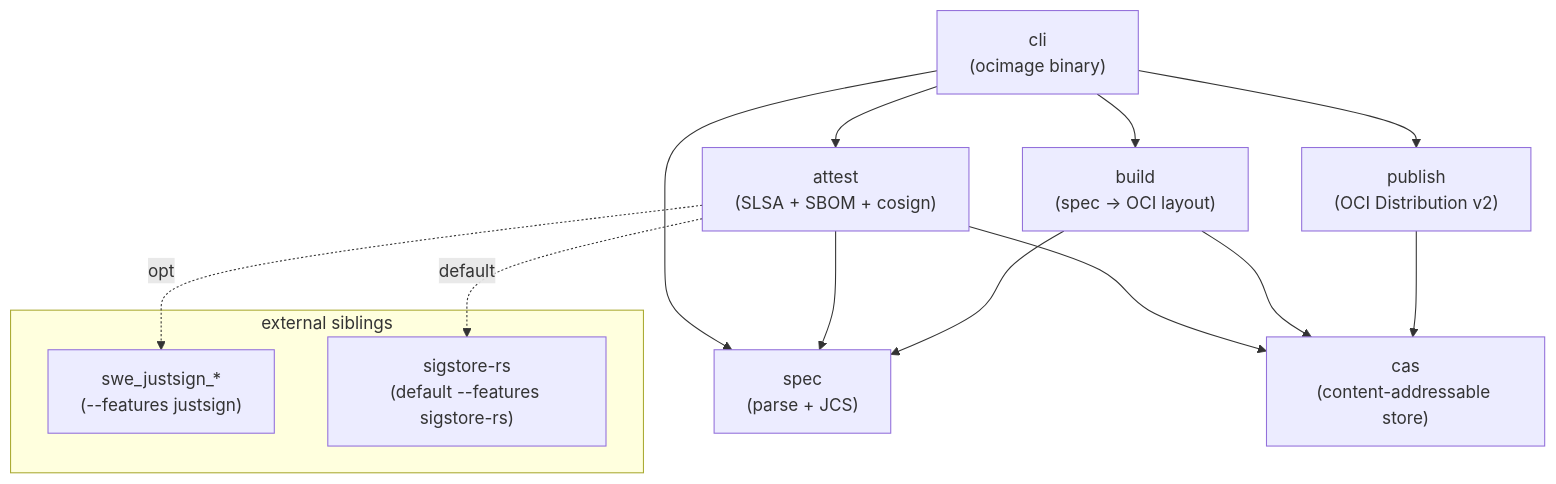
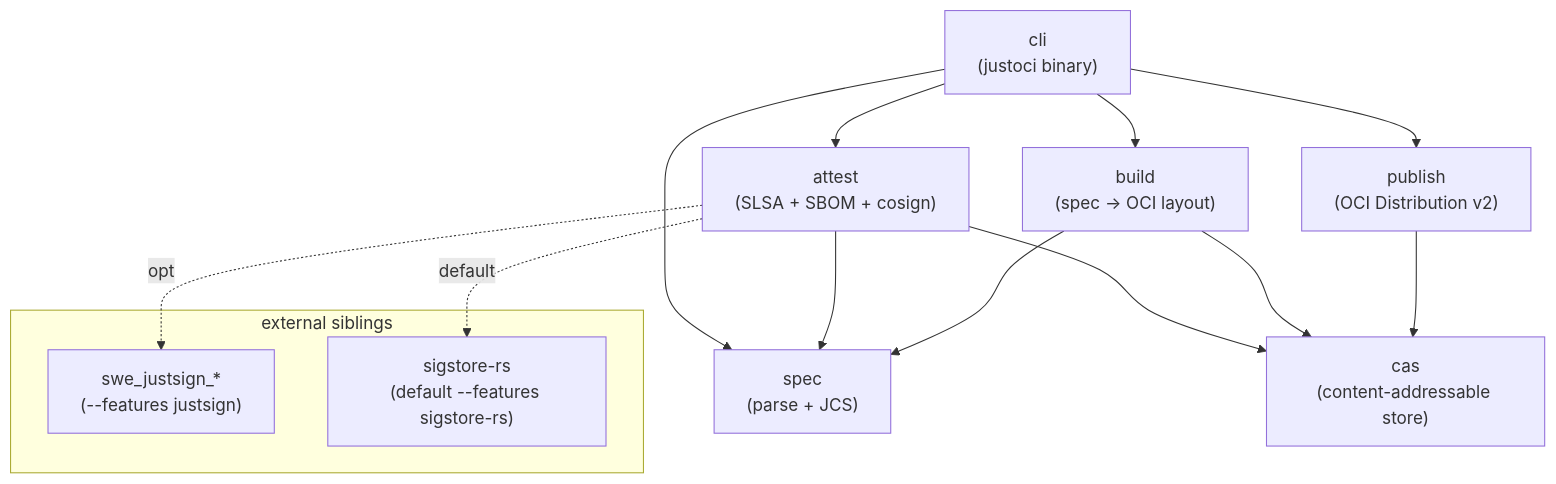
One commit to sweengineeringlabs/justoci changed the first of 4 diagrams in docs/3-design/architecture.md. Above: the diagram before and after it, drawn with Mermaid. The commit also changed other lines of this file and 71 other files, not shown here.

First line of the commit message:
feat: rename CLI binary ocimage→oci; fix parse_examples_test paths

````diff
--- a/docs/3-design/architecture.md
+++ b/docs/3-design/architecture.md
@@ -13,27 +13,27 @@
 ```mermaid
 flowchart TD
-  cli["cli<br/>(ocimage binary)"]
+  cli["cli<br/>(justoci binary)"]
   attest["attest<br/>(SLSA + SBOM + cosign)"]
   build["build<br/>(spec → OCI layout)"]
   publish["publish<br/>(OCI Distribution v2)"]
   spec["spec<br/>(parse + JCS)"]
   cas["cas<br/>(content-addressable store)"]
 
   cli --> attest
   cli --> build
   cli --> publish
   cli --> spec
   attest --> spec
   attest --> cas
   build --> spec
   build --> cas
   publish --> cas
 
   subgraph external [external siblings]
     justsign["swe_justsign_*<br/>(--features justsign)"]
     sigstoreRs["sigstore-rs<br/>(default --features sigstore-rs)"]
   end
 
   attest -.opt.-> justsign
   attest -.default.-> sigstoreRs
 ```
````
